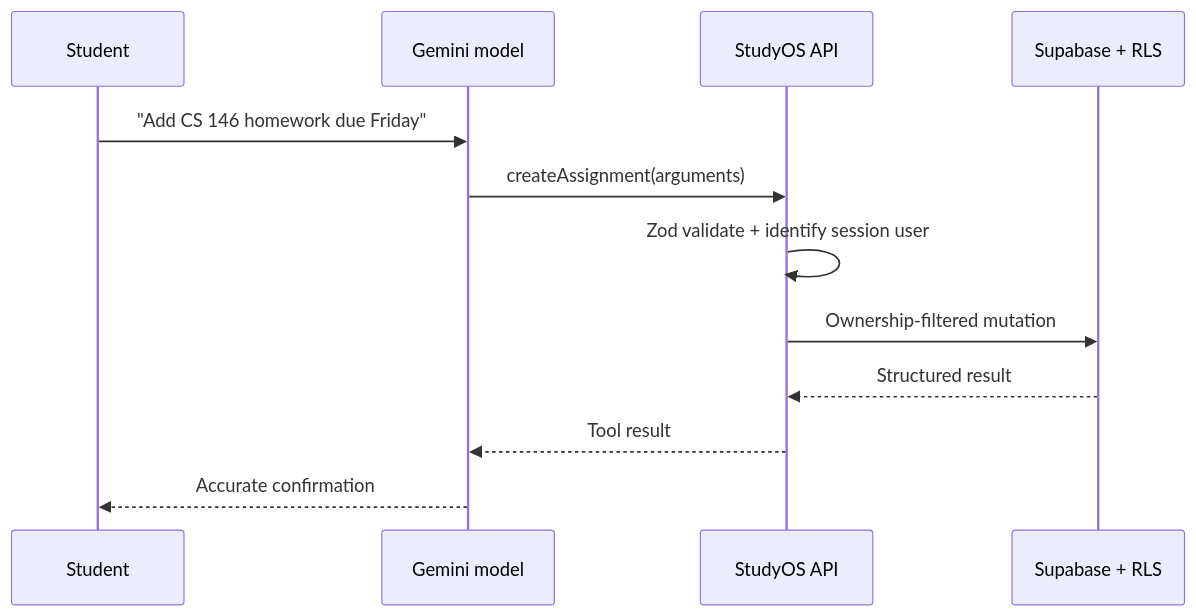
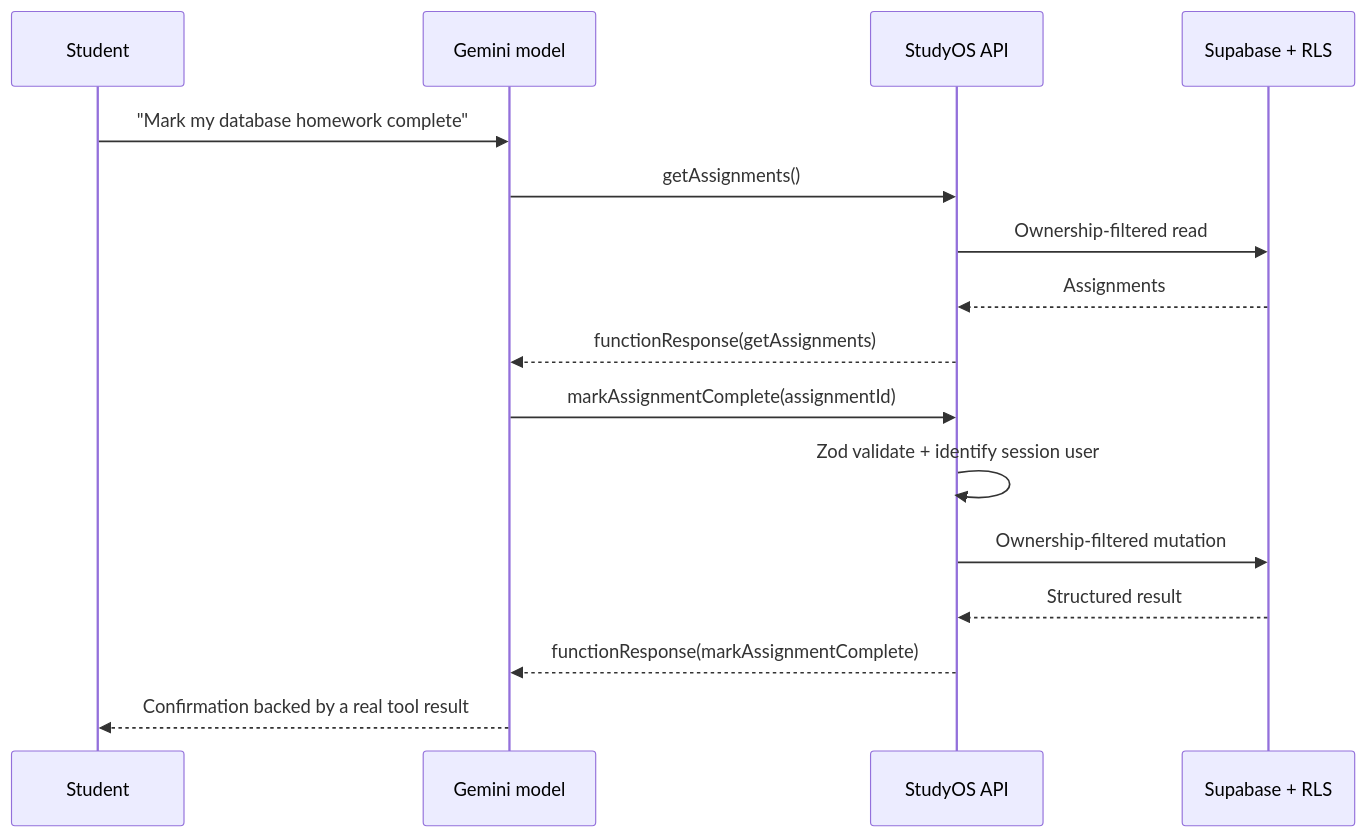
Before and after one commit to tanishqmehra22/AI: the second of 2 diagrams in README.md, drawn with Mermaid. The commit also changed other lines of this file and 8 other files, not shown here.

````diff
--- a/README.md
+++ b/README.md
@@ -70,14 +72,18 @@
 ```mermaid
 sequenceDiagram
   participant Student
   participant Model as Gemini model
   participant API as StudyOS API
   participant DB as Supabase + RLS
-  Student->>Model: "Add CS 146 homework due Friday"
-  Model->>API: createAssignment(arguments)
+  Student->>Model: "Mark my database homework complete"
+  Model->>API: getAssignments()
+  API->>DB: Ownership-filtered read
+  DB-->>API: Assignments
+  API-->>Model: functionResponse(getAssignments)
+  Model->>API: markAssignmentComplete(assignmentId)
   API->>API: Zod validate + identify session user
   API->>DB: Ownership-filtered mutation
   DB-->>API: Structured result
-  API-->>Model: Tool result
-  Model-->>Student: Accurate confirmation
+  API-->>Model: functionResponse(markAssignmentComplete)
+  Model-->>Student: Confirmation backed by a real tool result
 ```
````
